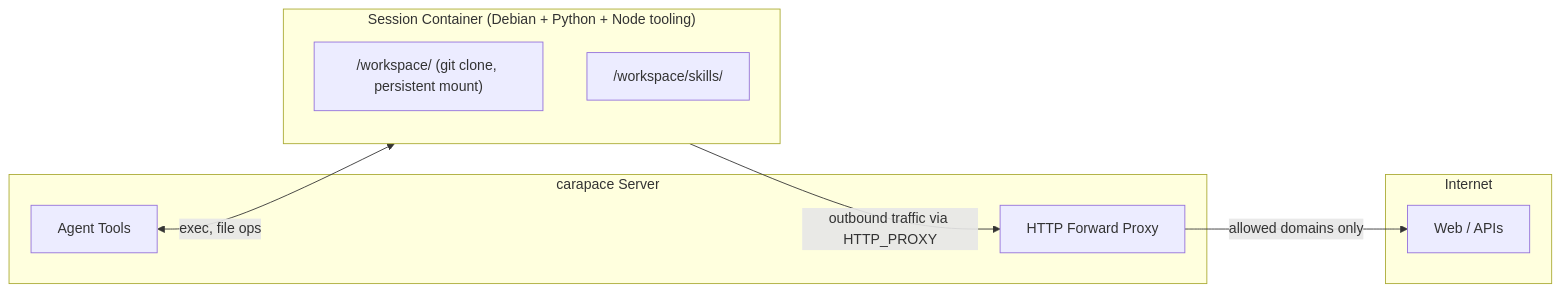
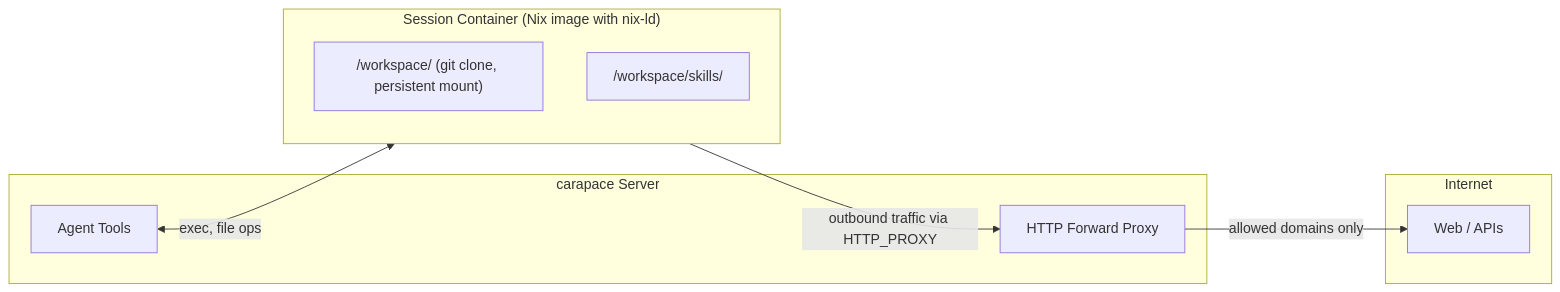
One commit to thiesgerken/carapace changed the diagram in docs/sandbox.md. Above: the diagram before and after it, drawn with Mermaid. The commit also changed other lines of this file and 19 other files, not shown here.

First line of the commit message:
✨ feat: build the sandbox image with Nix

````diff
--- a/docs/sandbox.md
+++ b/docs/sandbox.md
@@ -11,20 +11,20 @@
 ```mermaid
 flowchart LR
     subgraph carapace [carapace Server]
         Agent[Agent Tools]
         Proxy[HTTP Forward Proxy]
     end
 
-    subgraph container ["Session Container (Debian + Python + Node tooling)"]
+    subgraph container ["Session Container (Nix image with nix-ld)"]
         Workspace["/workspace/ (git clone, persistent mount)"]
         Skills["/workspace/skills/"]
     end
 
     subgraph external [Internet]
         APIs[Web / APIs]
     end
 
     Agent <-->|exec, file ops| container
     container -->|outbound traffic via HTTP_PROXY| Proxy
     Proxy -->|allowed domains only| APIs
 ```
````
